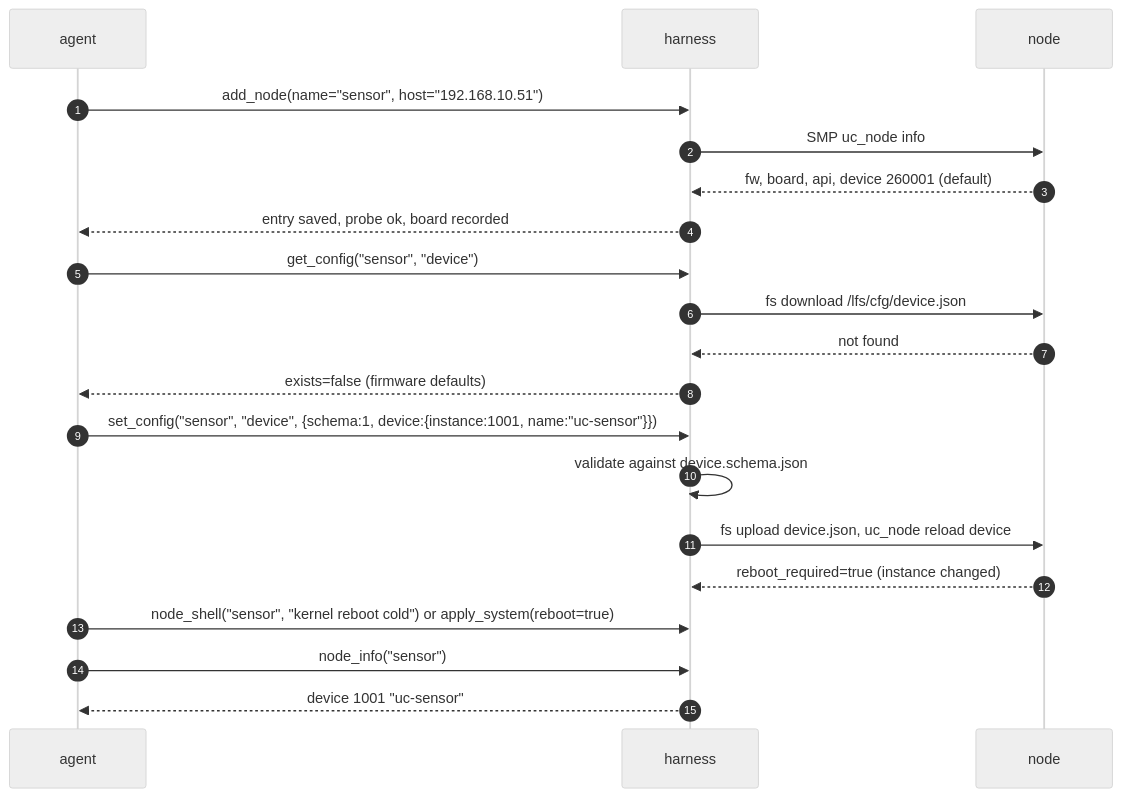
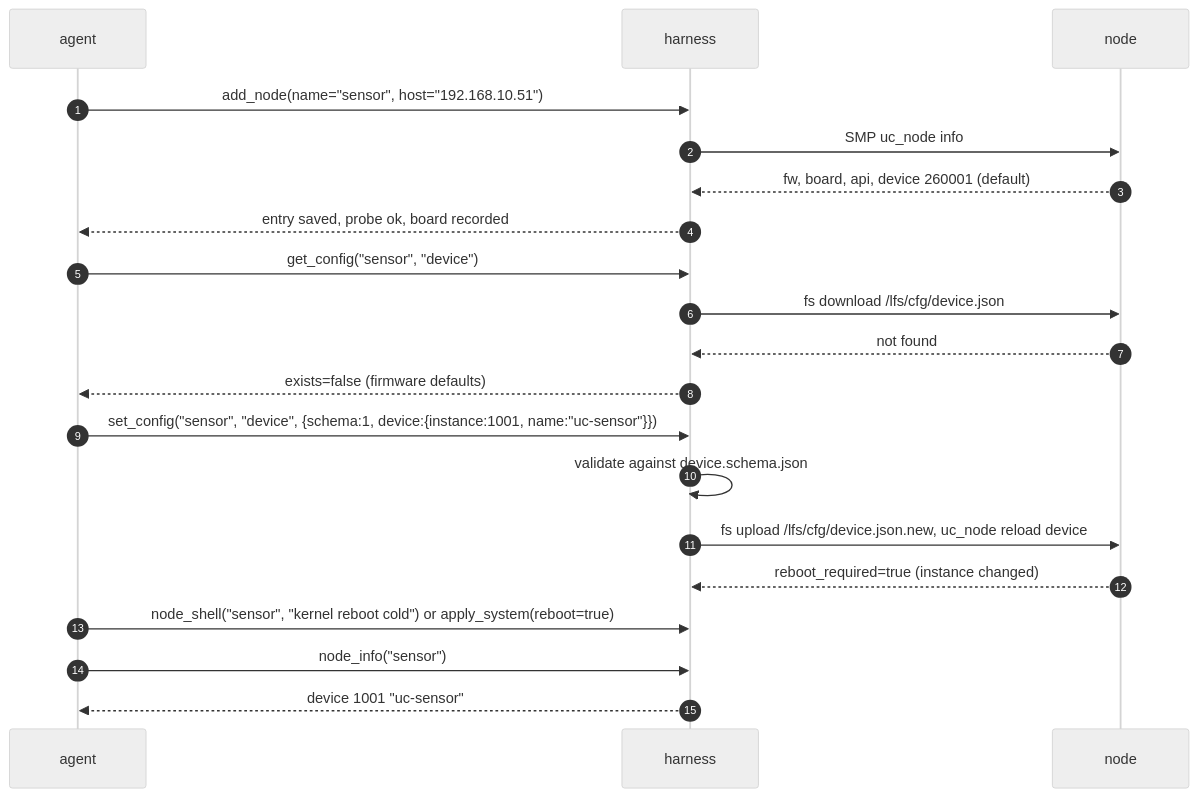
Before and after one commit to IlijaVorontsov/BACNet-uc: the second of 8 diagrams in docs/harness-mcp.md, drawn with Mermaid (neutral theme). The commit also changed other lines of this file and 120 other files, not shown here.

````diff
--- a/docs/harness-mcp.md
+++ b/docs/harness-mcp.md
@@ -219,22 +219,22 @@
 ```mermaid
 sequenceDiagram
     autonumber
     participant A as agent
     participant H as harness
     participant N as node
     A->>H: add_node(name="sensor", host="192.168.10.51")
     H->>N: SMP uc_node info
     N-->>H: fw, board, api, device 260001 (default)
     H-->>A: entry saved, probe ok, board recorded
     A->>H: get_config("sensor", "device")
     H->>N: fs download /lfs/cfg/device.json
     N-->>H: not found
     H-->>A: exists=false (firmware defaults)
     A->>H: set_config("sensor", "device", {schema:1, device:{instance:1001, name:"uc-sensor"}})
     H->>H: validate against device.schema.json
-    H->>N: fs upload device.json, uc_node reload device
+    H->>N: fs upload /lfs/cfg/device.json.new, uc_node reload device
     N-->>H: reboot_required=true (instance changed)
     A->>H: node_shell("sensor", "kernel reboot cold") or apply_system(reboot=true)
     A->>H: node_info("sensor")
     H-->>A: device 1001 "uc-sensor"
 ```
````
